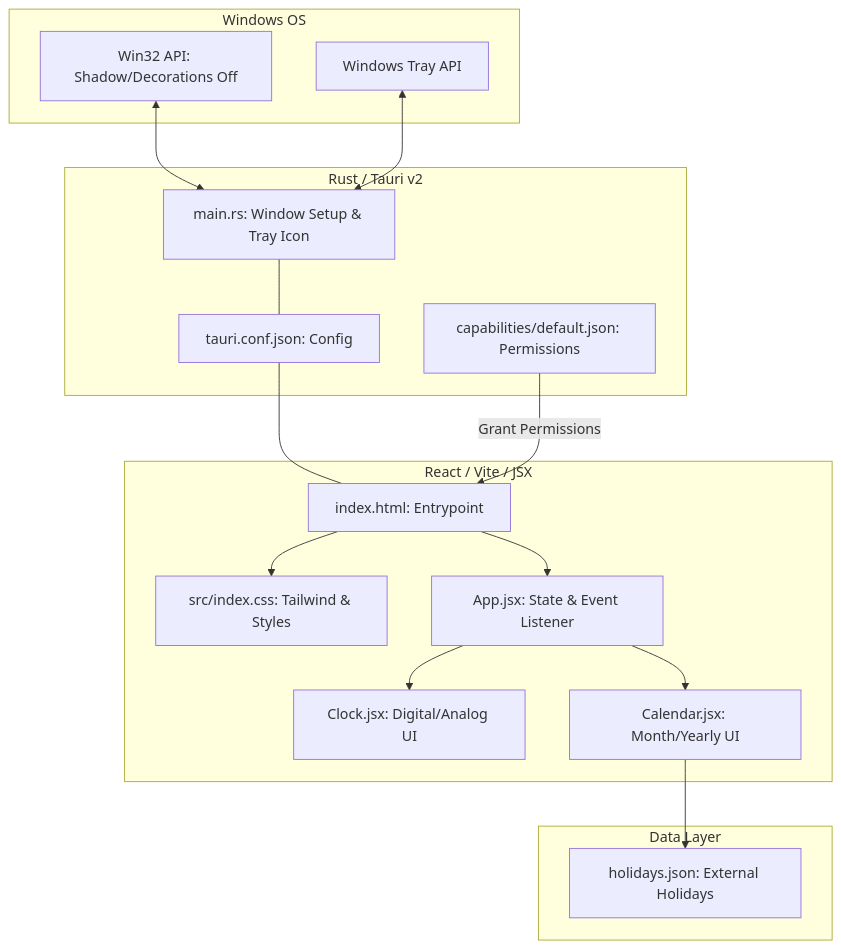
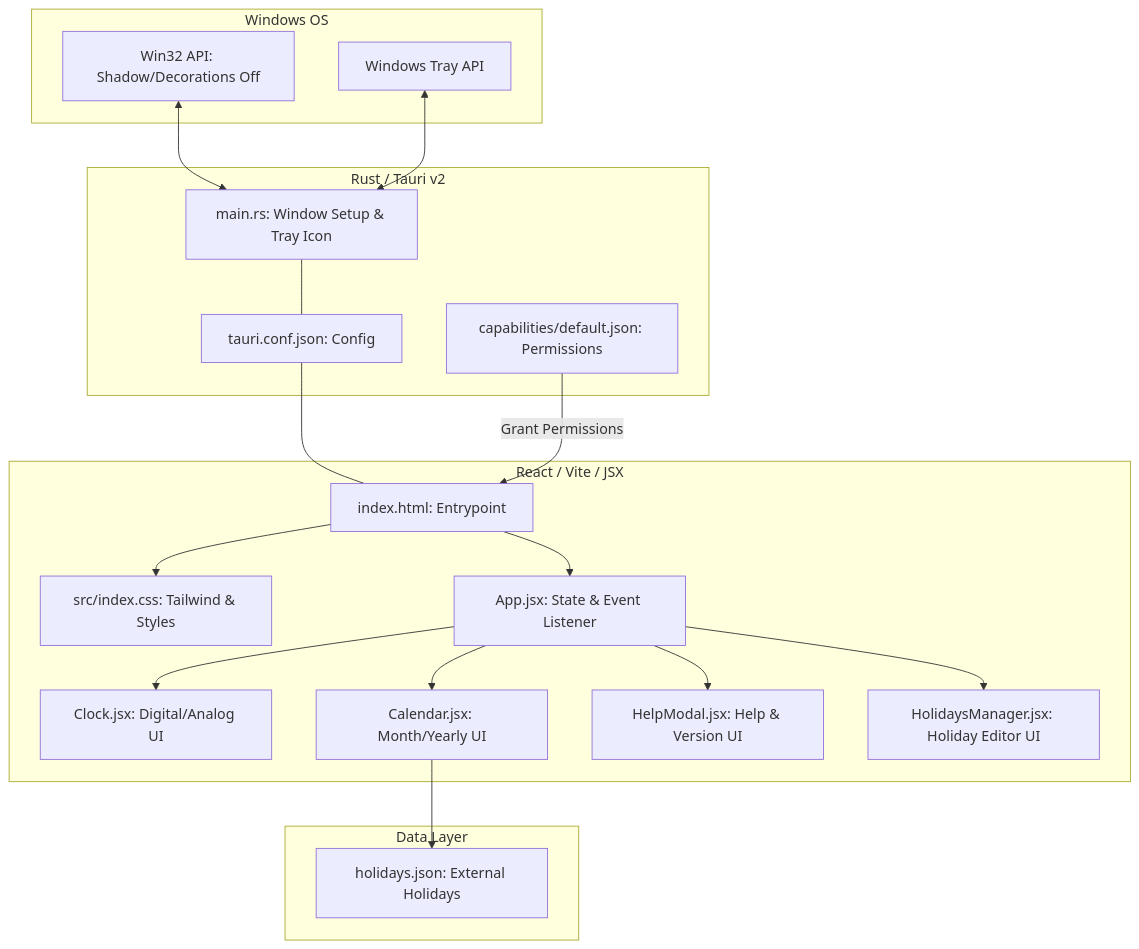
One commit to tkshnkgwr/clondar changed the diagram in docs/en/SPECIFICATION.md. Above: the diagram before and after it, drawn with Mermaid. The commit also changed other lines of this file and 50 other files, not shown here.

````diff
--- a/docs/en/SPECIFICATION.md
+++ b/docs/en/SPECIFICATION.md
@@ -14,36 +14,40 @@
 ```mermaid
 graph TD
     subgraph OS_Layer [Windows OS]
         WinAPI[Win32 API: Shadow/Decorations Off]
         TrayAPI[Windows Tray API]
     end
     
     subgraph Tauri_Backend [Rust / Tauri v2]
         MainRS[main.rs: Window Setup & Tray Icon]
         Conf[tauri.conf.json: Config]
         Cap[capabilities/default.json: Permissions]
     end
     
     subgraph Frontend_UI [React / Vite / JSX]
         HTML[index.html: Entrypoint]
         CSS[src/index.css: Tailwind & Styles]
         AppJSX[App.jsx: State & Event Listener]
         ClockJSX[Clock.jsx: Digital/Analog UI]
         CalendarJSX[Calendar.jsx: Month/Yearly UI]
+        HelpModalJSX[HelpModal.jsx: Help & Version UI]
+        HolidaysManagerJSX[HolidaysManager.jsx: Holiday Editor UI]
     end
 
     subgraph Config_Data [Data Layer]
         HolidaysJSON[holidays.json: External Holidays]
     end
 
     WinAPI <--> MainRS
     TrayAPI <--> MainRS
     MainRS --- Conf
     Conf --- HTML
     Cap -- Grant Permissions --> HTML
     HTML --> AppJSX
     AppJSX --> ClockJSX
     AppJSX --> CalendarJSX
+    AppJSX --> HelpModalJSX
+    AppJSX --> HolidaysManagerJSX
     CalendarJSX --> HolidaysJSON
     HTML --> CSS
 ```
````
